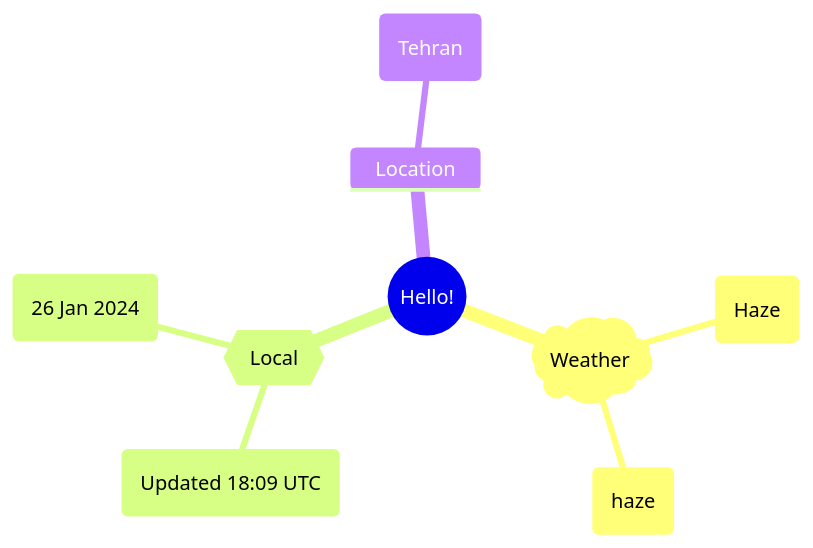
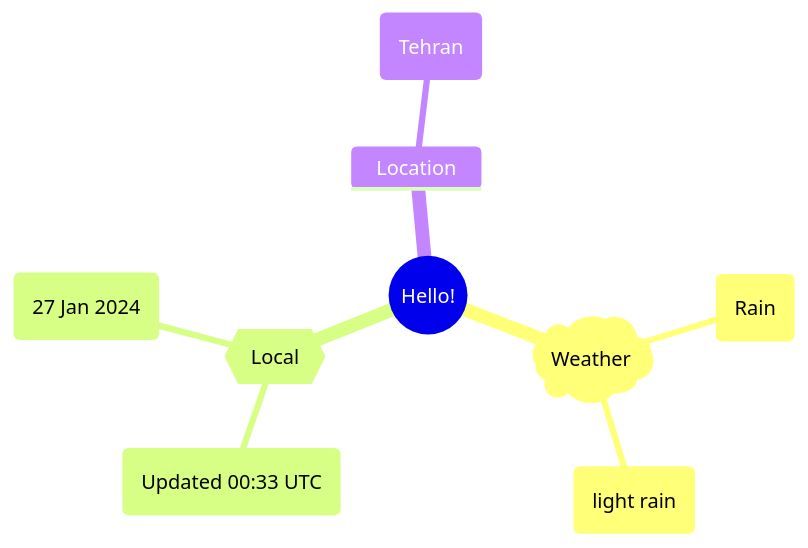
The first of 2 diagrams in README.md (Xosrov/Xosrov), drawn with Mermaid before and after one commit.

Commit message:
[bot] updated images

````diff
--- a/README.md
+++ b/README.md
@@ -3,12 +3,12 @@
 ```mermaid
 mindmap
   root((Hello!))
     )Weather(
-        (Haze)
-        (haze)
+        (Rain)
+        (light rain)
     {{Local}}
-        (Updated 18:09 UTC)
-        (26 Jan 2024)
+        (Updated 00:33 UTC)
+        (27 Jan 2024)
     Location
         (Tehran)
 ```
````
